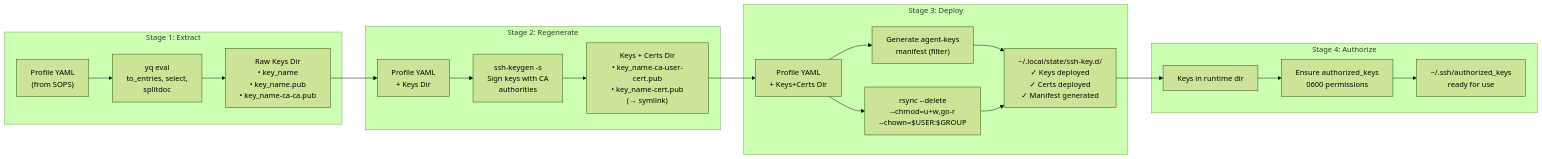
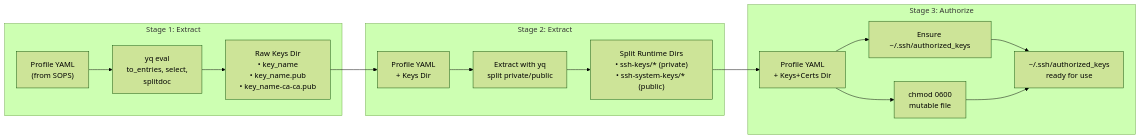
The second of 7 diagrams in docs/ssh-keys-diagrams.adoc (seedmatic/ndh), drawn with Mermaid (forest theme) before and after one commit. The commit also changed other lines of this file and 23 other files, not shown here.

Commit message:
chore(ssh): better keys distribution from nix

```diff
--- a/docs/ssh-keys-diagrams.adoc
+++ b/docs/ssh-keys-diagrams.adoc
@@ -56,37 +65,29 @@
 [mermaid]
 ----
 graph LR
     subgraph "Stage 1: Extract"
         input1["Profile YAML<br/>(from SOPS)"]
         yq1["yq eval<br/>to_entries, select,<br/>splitdoc"]
         output1["Raw Keys Dir<br/>• key_name<br/>• key_name.pub<br/>• key_name-ca-ca.pub"]
     end
     
-    subgraph "Stage 2: Regenerate"
+    subgraph "Stage 2: Extract"
         input2["Profile YAML<br/>+ Keys Dir"]
-        sign["ssh-keygen -s<br/>Sign keys with CA<br/>authorities"]
-        output2["Keys + Certs Dir<br/>• key_name-ca-user-cert.pub<br/>• key_name-cert.pub<br/>(→ symlink)"]
+        sign["Extract with yq<br/>split private/public"]
+        output2["Split Runtime Dirs<br/>• ssh-keys/* (private)<br/>• ssh-system-keys/* (public)"]
     end
     
-    subgraph "Stage 3: Deploy"
+    subgraph "Stage 3: Authorize"
         input3["Profile YAML<br/>+ Keys+Certs Dir"]
-        manifest["Generate agent-keys<br/>manifest (filter)"]
-        rsync["rsync --delete<br/>--chmod=u+w,go-r<br/>--chown=$USER:$GROUP"]
-        output3["~/.local/state/ssh-key.d/<br/>✓ Keys deployed<br/>✓ Certs deployed<br/>✓ Manifest generated"]
-    end
-    
-    subgraph "Stage 4: Authorize"
-        input4["Keys in runtime dir"]
-        perms["Ensure authorized_keys<br/>0600 permissions"]
-        output4["~/.ssh/authorized_keys<br/>ready for use"]
+        manifest["Ensure ~/.ssh/authorized_keys"]
+        rsync["chmod 0600<br/>mutable file"]
+        output3["~/.ssh/authorized_keys<br/>ready for use"]
     end
     
     input1 --> yq1 --> output1
     output1 --> input2
     input2 --> sign --> output2
     output2 --> input3
     input3 --> manifest & rsync
     manifest & rsync --> output3
-    output3 --> input4
-    input4 --> perms --> output4
 ----
```
